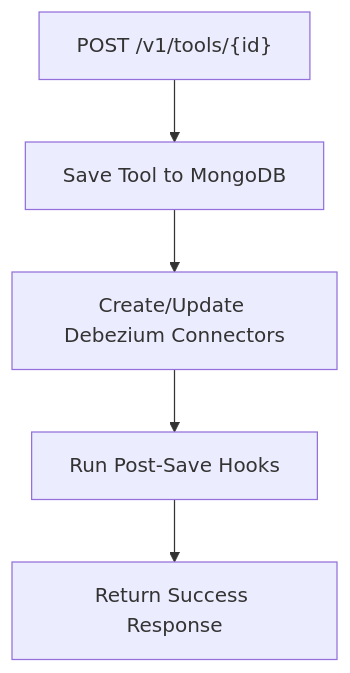
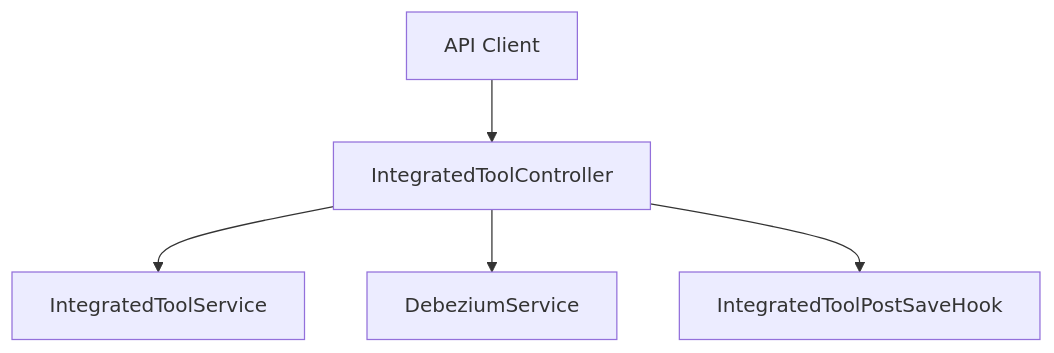
One commit to Praesto-Pro/openframe-oss-tenant changed the seventh of 11 diagrams in docs/architecture/management-service-core/management-service-core.md. Above: the diagram before and after it, drawn with Mermaid. The commit also changed other lines of this file and 174 other files, not shown here.

````diff
--- a/docs/architecture/management-service-core/management-service-core.md
+++ b/docs/architecture/management-service-core/management-service-core.md
@@ -152,7 +209,7 @@
 ```mermaid
 flowchart TD
-    Request["POST /v1/tools/{id}"] --> SaveTool["Save Tool to MongoDB"]
-    SaveTool --> CreateConnector["Create/Update Debezium Connectors"]
-    CreateConnector --> ExecuteHooks["Run Post-Save Hooks"]
-    ExecuteHooks --> Response["Return Success Response"]
+    Client["API Client"] --> Controller["IntegratedToolController"]
+    Controller --> Service["IntegratedToolService"]
+    Controller --> Debezium["DebeziumService"]
+    Controller --> Hooks["IntegratedToolPostSaveHook"]
 ```
````
